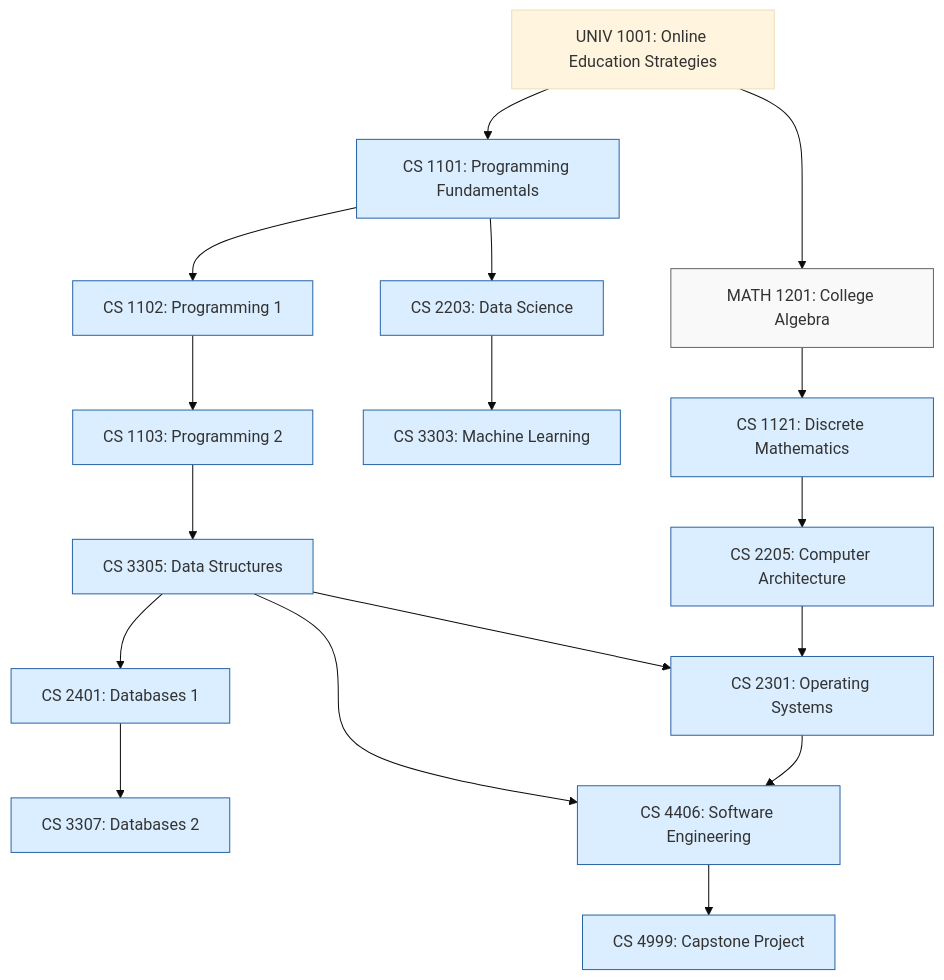
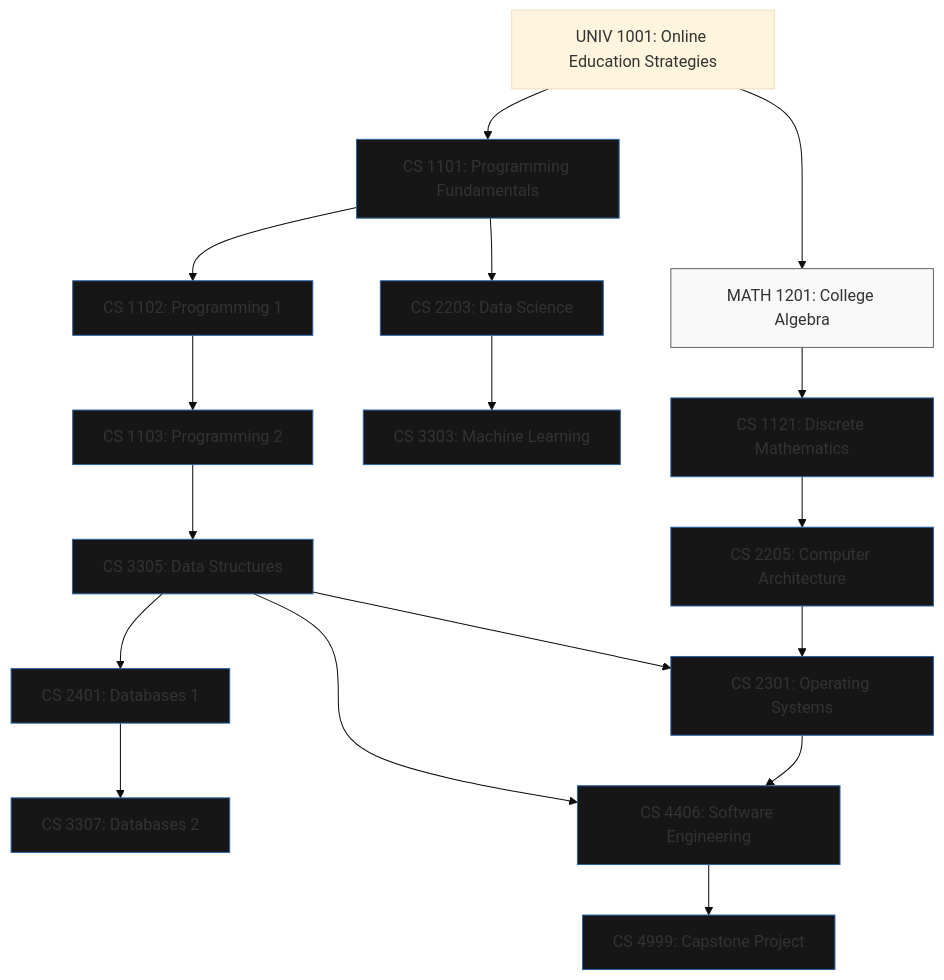
Before and after one commit to UoPeople-Computing-Network/awesome-uopeople-cs: the diagram in README.md, drawn with Mermaid (base theme).

````diff
--- a/README.md
+++ b/README.md
@@ -5,43 +5,43 @@
 ```mermaid
 graph TD
     %% === Course Nodes ===
     A[UNIV 1001: Online Education Strategies]
     B[CS 1101: Programming Fundamentals]
     C[CS 1102: Programming 1]
     D[CS 1103: Programming 2]
     E[CS 3305: Data Structures]
     F[CS 2203: Data Science]
     G[CS 3303: Machine Learning]
     H[MATH 1201: College Algebra]
     I[CS 1121: Discrete Mathematics]
     J[CS 2205: Computer Architecture]
     K[CS 2401: Databases 1]
     L[CS 3307: Databases 2]
     M[CS 2301: Operating Systems]
     N[CS 4406: Software Engineering]
     O[CS 4999: Capstone Project]
 
     %% === Relationships ===
     A --> B
     B --> C
     C --> D
     D --> E
     B --> F
     F --> G
     A --> H
     H --> I
     I --> J
     E --> K
     K --> L
     J --> M
     E --> M
     M --> N
     E --> N
     N --> O
 
     %% === Styling ===
-    classDef cs fill:#dbeeff,stroke:#2a65a6,stroke-width:1px;
+    classDef cs fill:#161616,stroke:#2a65a6,stroke-width:1px;
     classDef math fill:#f9f9f9,stroke:#666,stroke-width:1px;
     class B,C,D,E,F,G,I,J,K,L,M,N,O cs;
     class H math;
 ```
````
